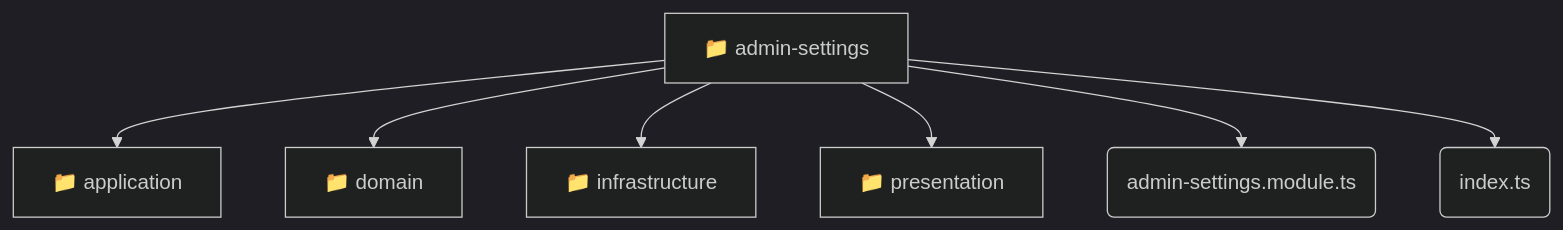
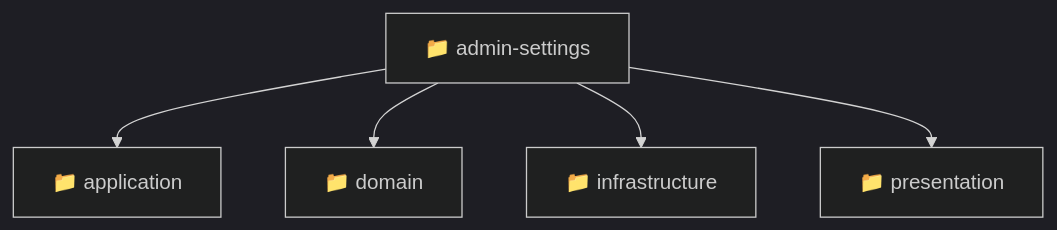
Before and after one commit to beginwebdev2002/fullstack-mavluda: the diagram in backend/src/modules/admin-settings/README.md, drawn with Mermaid (dark theme). The commit also changed other lines of this file and 163 other files, not shown here.

````diff
--- a/backend/src/modules/admin-settings/README.md
+++ b/backend/src/modules/admin-settings/README.md
@@ -9,10 +10,8 @@
 ```mermaid
 graph TD
-  admin_settings[📁 admin-settings]
-  admin_settings --> admin_settings_application[📁 application]
-  admin_settings --> admin_settings_domain[📁 domain]
-  admin_settings --> admin_settings_infrastructure[📁 infrastructure]
-  admin_settings --> admin_settings_presentation[📁 presentation]
-  admin_settings --> admin_settings_admin_settings_module_ts(admin-settings.module.ts)
-  admin_settings --> admin_settings_index_ts(index.ts)
+  Root["📁 admin-settings"]
+  Root --> application["📁 application"]
+  Root --> domain["📁 domain"]
+  Root --> infrastructure["📁 infrastructure"]
+  Root --> presentation["📁 presentation"]
 ```
````
